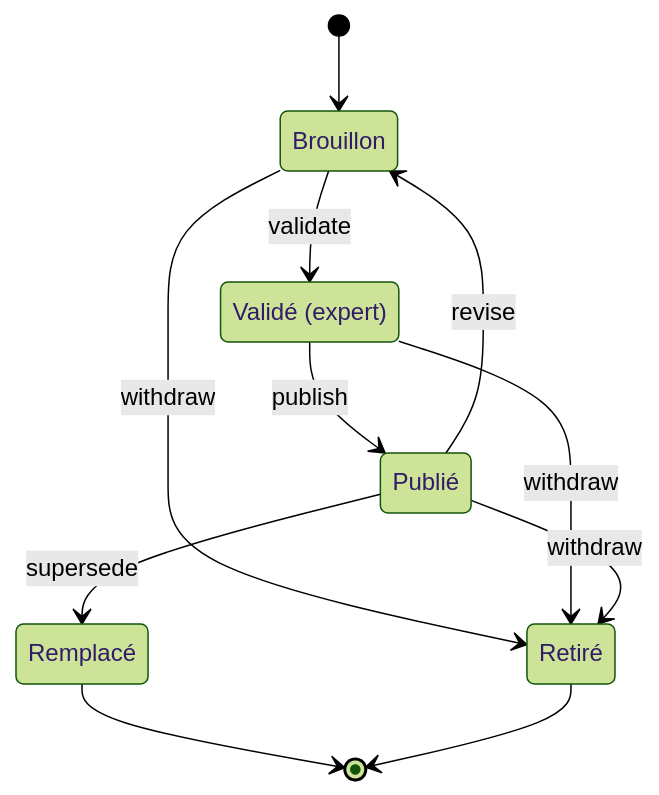
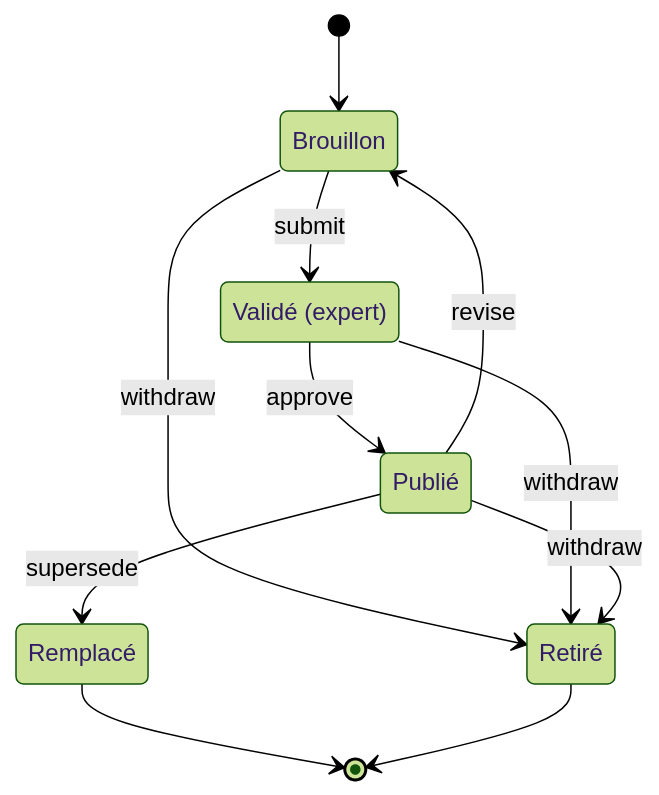
One commit to PapSee1/ALM_Datamodel changed the third of 27 diagrams in docs/generated/A4_workflows.md. Above: the diagram before and after it, drawn with Mermaid (forest theme). The commit also changed other lines of this file and 320 other files, not shown here.

````diff
--- a/docs/generated/A4_workflows.md
+++ b/docs/generated/A4_workflows.md
@@ -125,18 +120,18 @@
 ```mermaid
 stateDiagram-v2
     [*] --> draft
     draft : Brouillon
     validated : Validé (expert)
     published : Publié
     superseded : Remplacé
     withdrawn : Retiré
-    draft --> validated : validate
-    validated --> published : publish
+    draft --> validated : submit
+    validated --> published : approve
     published --> draft : revise
     published --> superseded : supersede
     draft --> withdrawn : withdraw
     validated --> withdrawn : withdraw
     published --> withdrawn : withdraw
     superseded --> [*]
     withdrawn --> [*]
 ```
````
